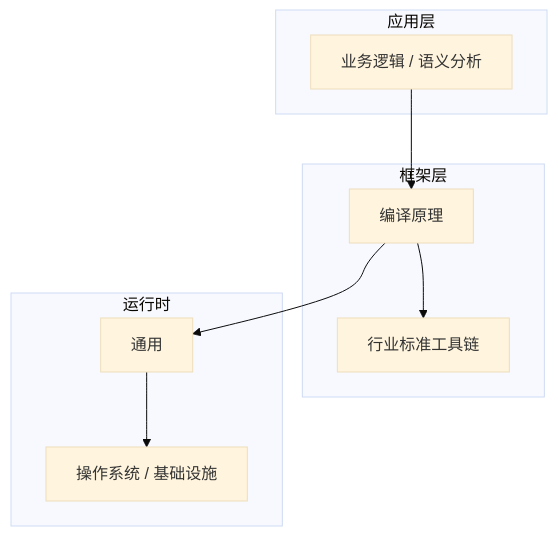
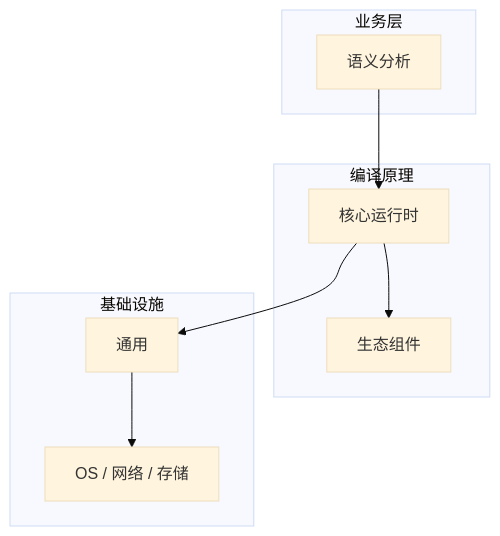
Before and after one commit to yanggan2015/knowledge-json-v2: the diagram in articles/编译原理/chapters/031-语义分析核心概念与原理.md, drawn with Mermaid (base theme). The commit also changed other lines of this file and 10127 other files, not shown here.

````diff
--- a/articles/编译原理/chapters/031-语义分析核心概念与原理.md
+++ b/articles/编译原理/chapters/031-语义分析核心概念与原理.md
@@ -45,18 +34,18 @@
 ```mermaid
 graph TB
-    subgraph 应用层
-        A[业务逻辑 / 语义分析]
+    subgraph 业务层
+        A[语义分析]
     end
-    subgraph 框架层
-        B[编译原理]
-        C[行业标准工具链]
+    subgraph 编译原理
+        B[核心运行时]
+        C[生态组件]
     end
-    subgraph 运行时
+    subgraph 基础设施
         D[通用]
-        E[操作系统 / 基础设施]
+        E[OS / 网络 / 存储]
     end
     A --> B
     B --> C
     B --> D
     D --> E
 ```
````
